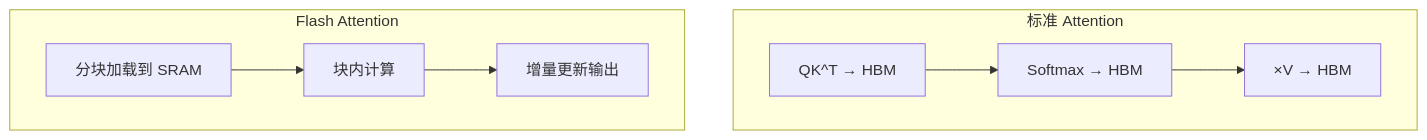
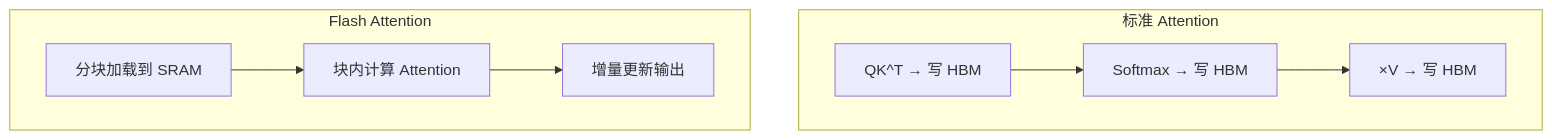
The second of 2 diagrams in src/content/docs/notes/concepts/flash-attention.mdx (hxjmmmm/thought-vectors), drawn with Mermaid before and after one commit. The commit also changed other lines of this file and 4 other files, not shown here.

````diff
--- a/src/content/docs/notes/concepts/flash-attention.mdx
+++ b/src/content/docs/notes/concepts/flash-attention.mdx
@@ -26,9 +26,9 @@
 ```mermaid
 flowchart TD
     subgraph 标准 Attention
-    A1[QK^T → HBM] --> A2[Softmax → HBM] --> A3[×V → HBM]
+    A1["QK^T → 写 HBM"] --> A2["Softmax → 写 HBM"] --> A3["×V → 写 HBM"]
     end
     subgraph Flash Attention
-    B1[分块加载到 SRAM] --> B2[块内计算] --> B3[增量更新输出]
+    B1[分块加载到 SRAM] --> B2[块内计算 Attention] --> B3[增量更新输出]
     end
 ```
````
